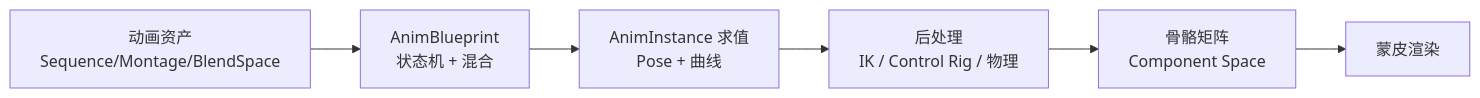
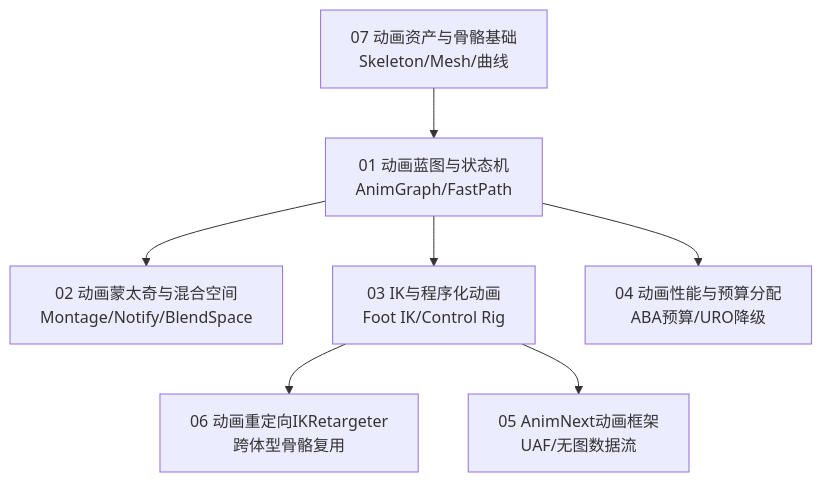
The diagram in 游戏知识/04-动画系统/README.md (fantuan812/learning), drawn with Mermaid before and after one commit. The commit also changed other lines of this file and 38 other files, not shown here.

````diff
--- a/游戏知识/04-动画系统/README.md
+++ b/游戏知识/04-动画系统/README.md
@@ -20,8 +44,9 @@
 ```mermaid
-flowchart LR
-    A[动画资产<br/>Sequence/Montage/BlendSpace] --> B[AnimBlueprint<br/>状态机 + 混合]
-    B --> C[AnimInstance 求值<br/>Pose + 曲线]
-    C --> D[后处理<br/>IK / Control Rig / 物理]
-    D --> E[骨骼矩阵<br/>Component Space]
-    E --> F[蒙皮渲染]
+flowchart TD
+    A[07 动画资产与骨骼基础<br/>Skeleton/Mesh/曲线] --> B[01 动画蓝图与状态机<br/>AnimGraph/FastPath]
+    B --> C[02 动画蒙太奇与混合空间<br/>Montage/Notify/BlendSpace]
+    B --> D[03 IK与程序化动画<br/>Foot IK/Control Rig]
+    D --> E[06 动画重定向IKRetargeter<br/>跨体型骨骼复用]
+    B --> F[04 动画性能与预算分配<br/>ABA预算/URO降级]
+    D --> G[05 AnimNext动画框架<br/>UAF/无图数据流]
 ```
````
